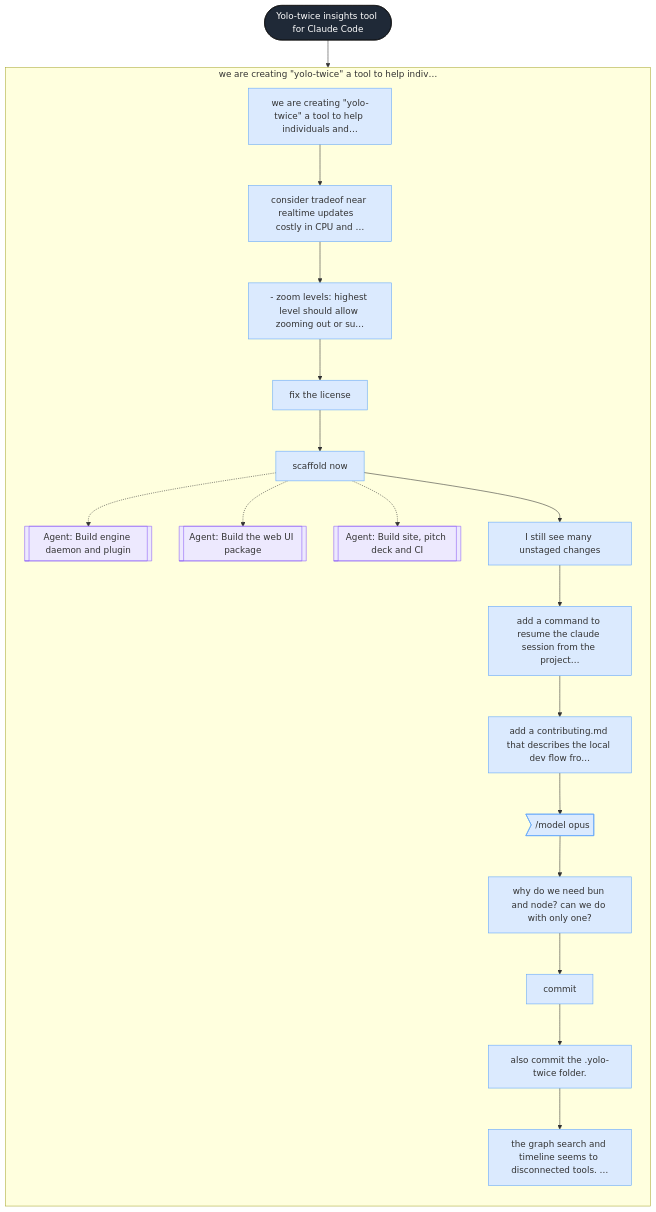
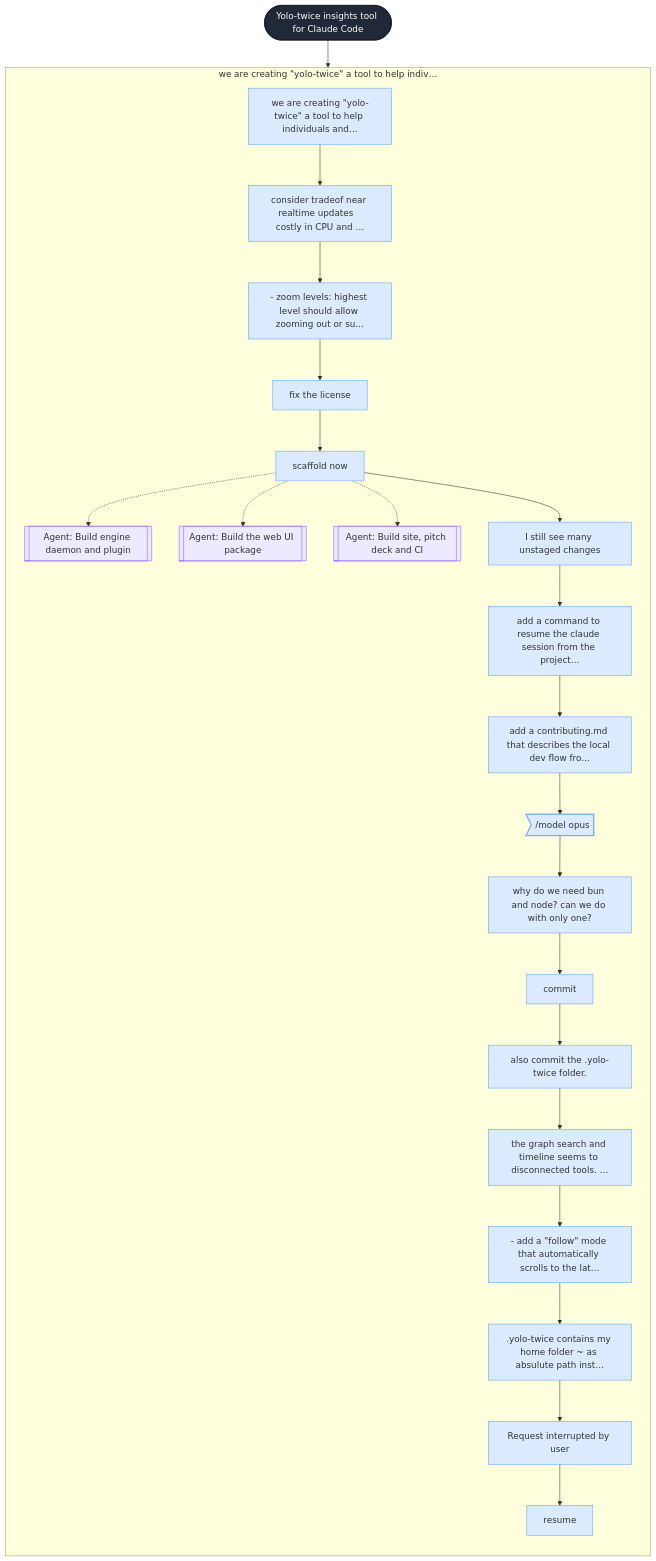
The diagram in .yolo-twice/sessions/34b27ceb-5af1-4142-8334-ab80a4310636/graph.mmd (bar9/yolo-twice), drawn with Mermaid before and after one commit. The commit also changed 16 other files, not shown here.

Commit message:
Rebuild .yolo-twice with normalizer v4: portable $PROJECT and ~ paths, no username

```diff
--- a/.yolo-twice/sessions/34b27ceb-5af1-4142-8334-ab80a4310636/graph.mmd
+++ b/.yolo-twice/sessions/34b27ceb-5af1-4142-8334-ab80a4310636/graph.mmd
@@ -1,63 +1,75 @@
 flowchart TD
   s_34b27ceb_5af1_4142_8334_ab80a4310636(["Yolo-twice insights tool for Claude Code"])
   subgraph p1 ["we are creating #quot;yolo-twice#quot; a tool to help indiv…"]
     direction TD
     t1["we are creating #quot;yolo-twice#quot; a tool to help individuals and…"]
     t2["consider tradeof near realtime updates   costly in CPU and …"]
     t3["- zoom levels: highest level should allow zooming out or su…"]
     t4["fix the license"]
     t5["scaffold now"]
     t5_s51[["Agent: Build engine daemon and plugin"]]
     t5_s52[["Agent: Build the web UI package"]]
     t5_s53[["Agent: Build site, pitch deck and CI"]]
     t6["I still see many unstaged changes"]
     t7["add a command to resume the claude session from the project…"]
     t8["add a contributing.md that describes the local dev flow fro…"]
     t9>"/model opus"]
     t10["why do we need bun and node? can we do with only one?"]
     t11["commit"]
     t12["also commit the .yolo-twice folder."]
     t13["the graph search and timeline seems to disconnected tools. …"]
+    t14["- add a #quot;follow#quot; mode that automatically scrolls to the lat…"]
+    t15[".yolo-twice contains my home folder ~ as absulute path inst…"]
+    t16[" Request interrupted by user "]
+    t17["resume"]
   end
   s_34b27ceb_5af1_4142_8334_ab80a4310636 --> t1
   t1 --> t2
   t2 --> t3
   t3 --> t4
   t4 --> t5
   t5 -.-> t5_s51
   t5 -.-> t5_s52
   t5 -.-> t5_s53
   t5 --> t6
   t6 --> t7
   t7 --> t8
   t8 --> t9
   t9 --> t10
   t10 --> t11
   t11 --> t12
   t12 --> t13
+  t13 --> t14
+  t14 --> t15
+  t15 --> t16
+  t16 --> t17
   classDef session fill:#1f2937,color:#fff,stroke:#111;
   classDef phase fill:#e5e7eb,stroke:#9ca3af;
   classDef turn fill:#dbeafe,stroke:#60a5fa;
   classDef branch fill:#fde68a,stroke:#d97706;
   classDef subagent fill:#ede9fe,stroke:#8b5cf6;
   classDef tool fill:#dcfce7,stroke:#22c55e;
   classDef error fill:#fee2e2,stroke:#ef4444;
   classDef text fill:#f3f4f6,stroke:#9ca3af;
   classDef thinking fill:#f3f4f6,stroke:#d1d5db,stroke-dasharray: 3 3;
   class s_34b27ceb_5af1_4142_8334_ab80a4310636 session;
   class t1 turn;
   class t2 turn;
   class t3 turn;
   class t4 turn;
   class t5 turn;
   class t5_s51 subagent;
   class t5_s52 subagent;
   class t5_s53 subagent;
   class t6 turn;
   class t7 turn;
   class t8 turn;
   class t9 turn;
   class t10 turn;
   class t11 turn;
   class t12 turn;
   class t13 turn;
+  class t14 turn;
+  class t15 turn;
+  class t16 turn;
+  class t17 turn;
```
